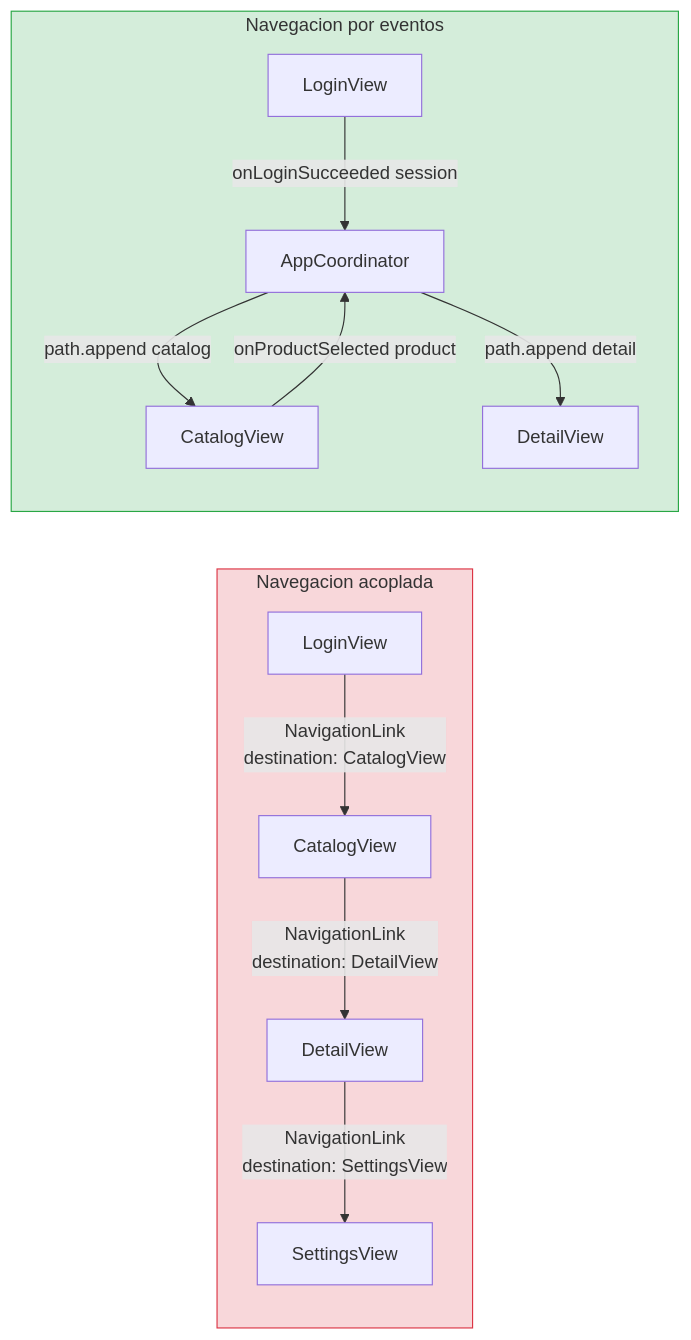
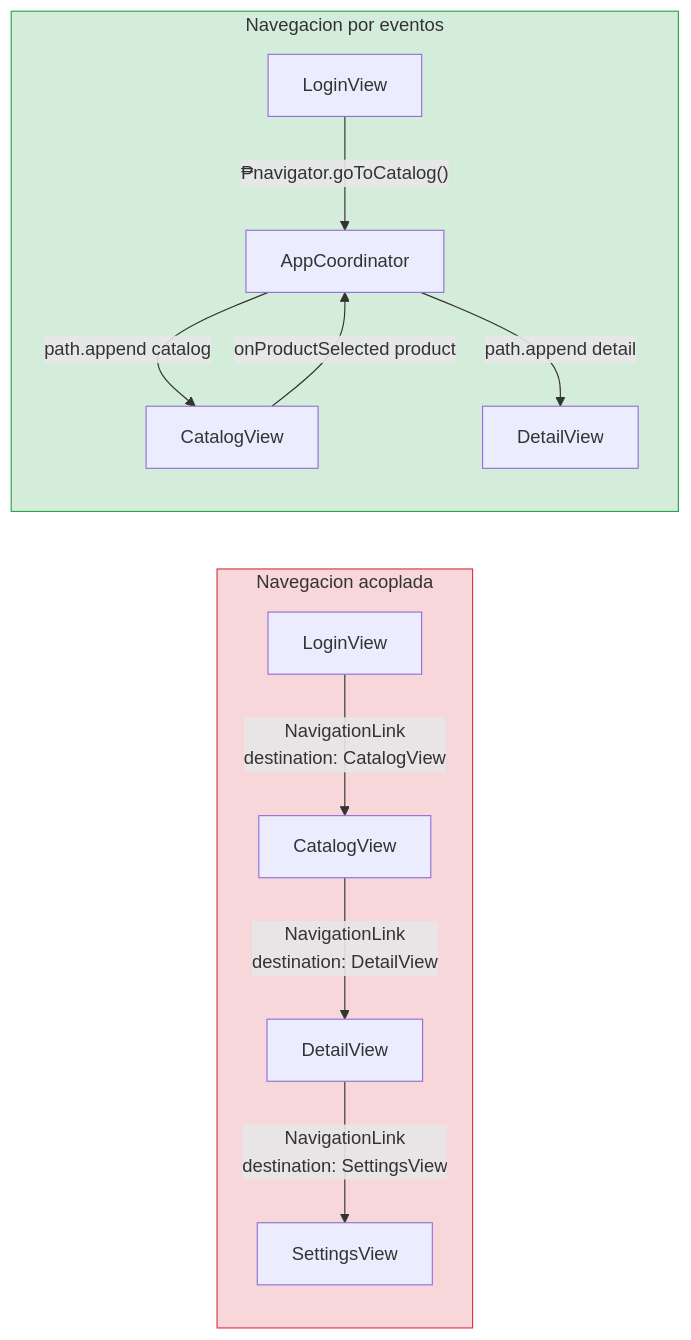
One commit to SwiftEnProfundidad/stack-my-architecture-ios changed the first of 2 diagrams in 02-integracion/02-navegacion-eventos.md. Above: the diagram before and after it, drawn with Mermaid. The commit also changed other lines of this file and 50 other files, not shown here.

````diff
--- a/02-integracion/02-navegacion-eventos.md
+++ b/02-integracion/02-navegacion-eventos.md
@@ -21,20 +21,20 @@
 ```mermaid
 graph LR
     subgraph Coupled["Navegacion acoplada"]
         direction TB
         LV1["LoginView"] -->|"NavigationLink<br/>destination: CatalogView"| CV1["CatalogView"]
         CV1 -->|"NavigationLink<br/>destination: DetailView"| DV1["DetailView"]
         DV1 -->|"NavigationLink<br/>destination: SettingsView"| SV1["SettingsView"]
     end
 
     subgraph Decoupled["Navegacion por eventos"]
         direction TB
-        LV2["LoginView"] -->|"onLoginSucceeded session"| COORD["AppCoordinator"]
+        LV2["LoginView"] -->|"₱navigator.goToCatalog()"| COORD["AppCoordinator"]
         CV2["CatalogView"] -->|"onProductSelected product"| COORD
         COORD -->|"path.append catalog"| CV2
         COORD -->|"path.append detail"| DV2["DetailView"]
     end
 
     style Coupled fill:#f8d7da,stroke:#dc3545
     style Decoupled fill:#d4edda,stroke:#28a745
 ```
````
